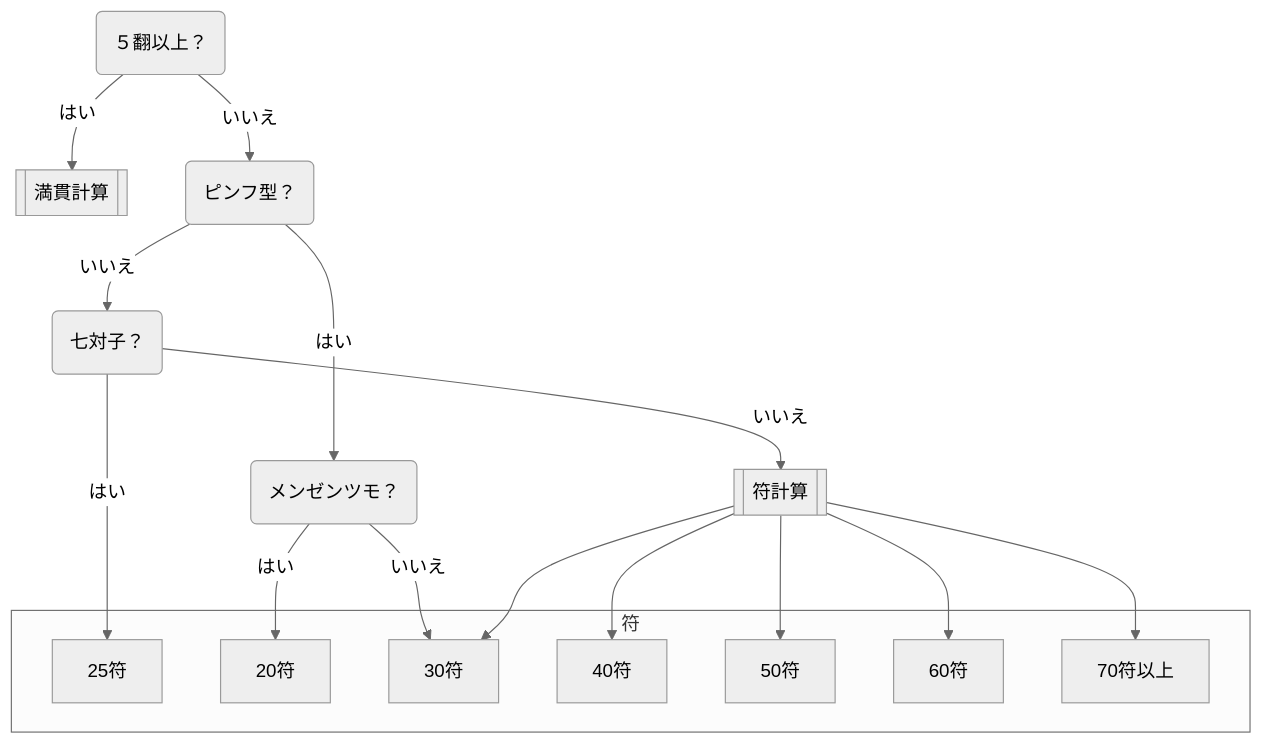
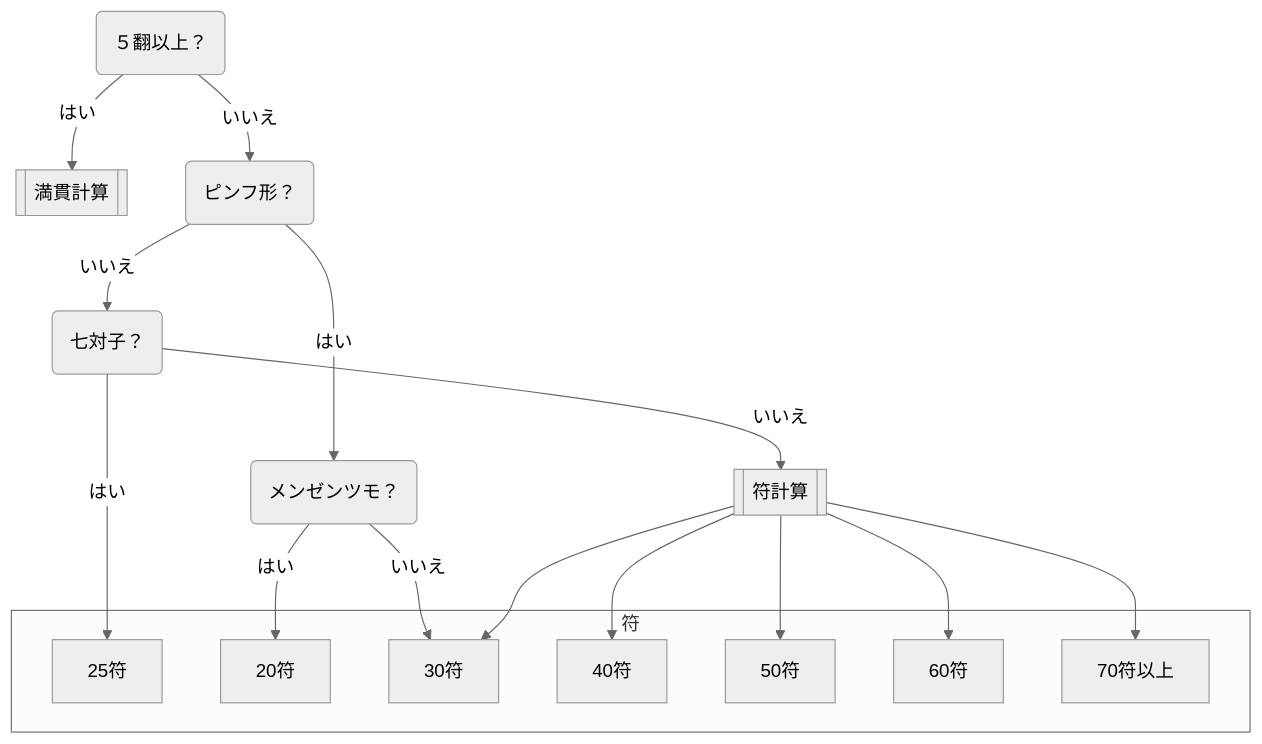
The diagram in docs/mahjong-calc.md (tkhshr/tkhshr.github.io), drawn with Mermaid (neutral theme) before and after one commit. The commit also changed other lines of this file, not shown here.

````diff
--- a/docs/mahjong-calc.md
+++ b/docs/mahjong-calc.md
@@ -9,21 +9,21 @@
 ```mermaid
 graph TD;
     Q1("５翻以上？") -->|"はい"| M[["満貫計算"]]
     Q1 -->|"いいえ"| Q2
-    Q2("ピンフ型？") -->|"はい"| P_Q1
+    Q2("ピンフ形？") -->|"はい"| P_Q1
     Q2 -->|"いいえ"| Q3
     Q3("七対子？" )-->|"はい"| 25FU
     Q3 -->|"いいえ"| FC
     P_Q1("メンゼンツモ？" )-->|"はい"| 20FU
     P_Q1 -->|"いいえ"| 30FU
     FC[["符計算"]] --> 30FU & 40FU & 50FU & 60FU & 70FUover
     subgraph F ["符"]
         20FU["20符"]
         25FU["25符"]
         30FU["30符"]
         40FU["40符"]
         50FU["50符"]
         60FU["60符"]
         70FUover["70符以上"]
     end
 ```
````
